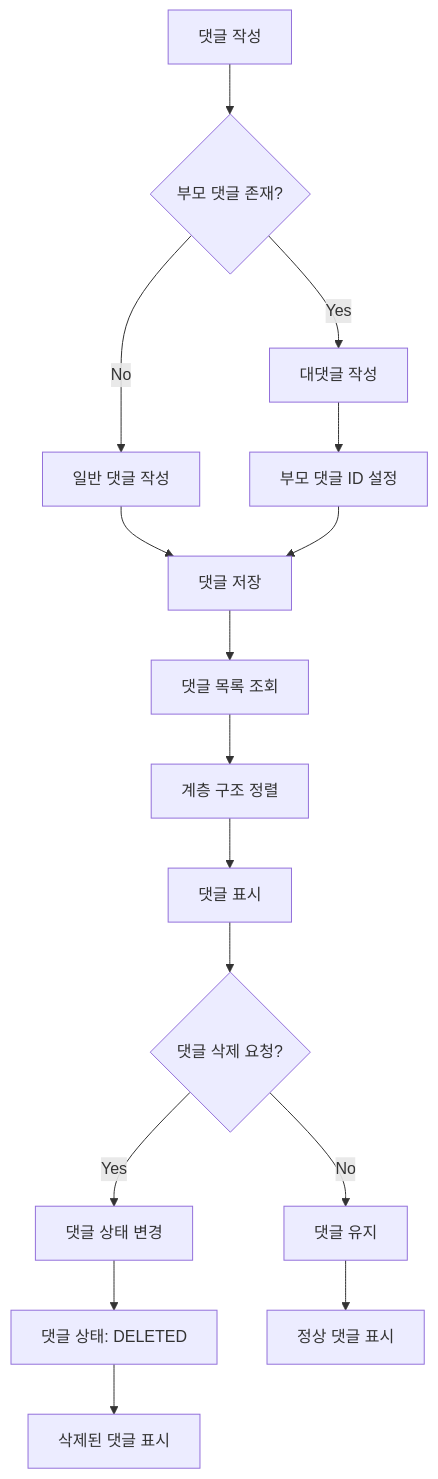
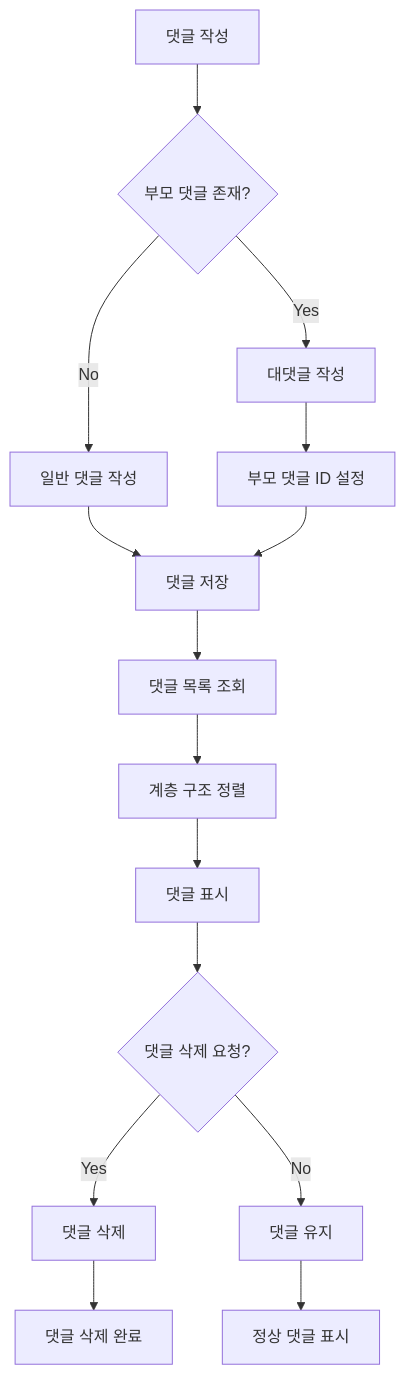
The seventh of 12 diagrams in docs/flows/business.md (Central-MakeUs/CheatKey-Server), drawn with Mermaid before and after one commit. The commit also changed other lines of this file and 6 other files, not shown here.

````diff
--- a/docs/flows/business.md
+++ b/docs/flows/business.md
@@ -201,22 +182,21 @@
 ```mermaid
 flowchart TD
     A[댓글 작성] --> B{부모 댓글 존재?}
     B -->|No| C[일반 댓글 작성]
     B -->|Yes| D[대댓글 작성]
     
     C --> E[댓글 저장]
     D --> F[부모 댓글 ID 설정]
     F --> E
     
     E --> G[댓글 목록 조회]
     G --> H[계층 구조 정렬]
     H --> I[댓글 표시]
     
     I --> J{댓글 삭제 요청?}
-    J -->|Yes| K[댓글 상태 변경]
+    J -->|Yes| K[댓글 삭제]
     J -->|No| L[댓글 유지]
     
-    K --> M[댓글 상태: DELETED]
-    M --> N[삭제된 댓글 표시]
-    L --> O[정상 댓글 표시]
+    K --> M[댓글 삭제 완료]
+    L --> N[정상 댓글 표시]
 ```
````
